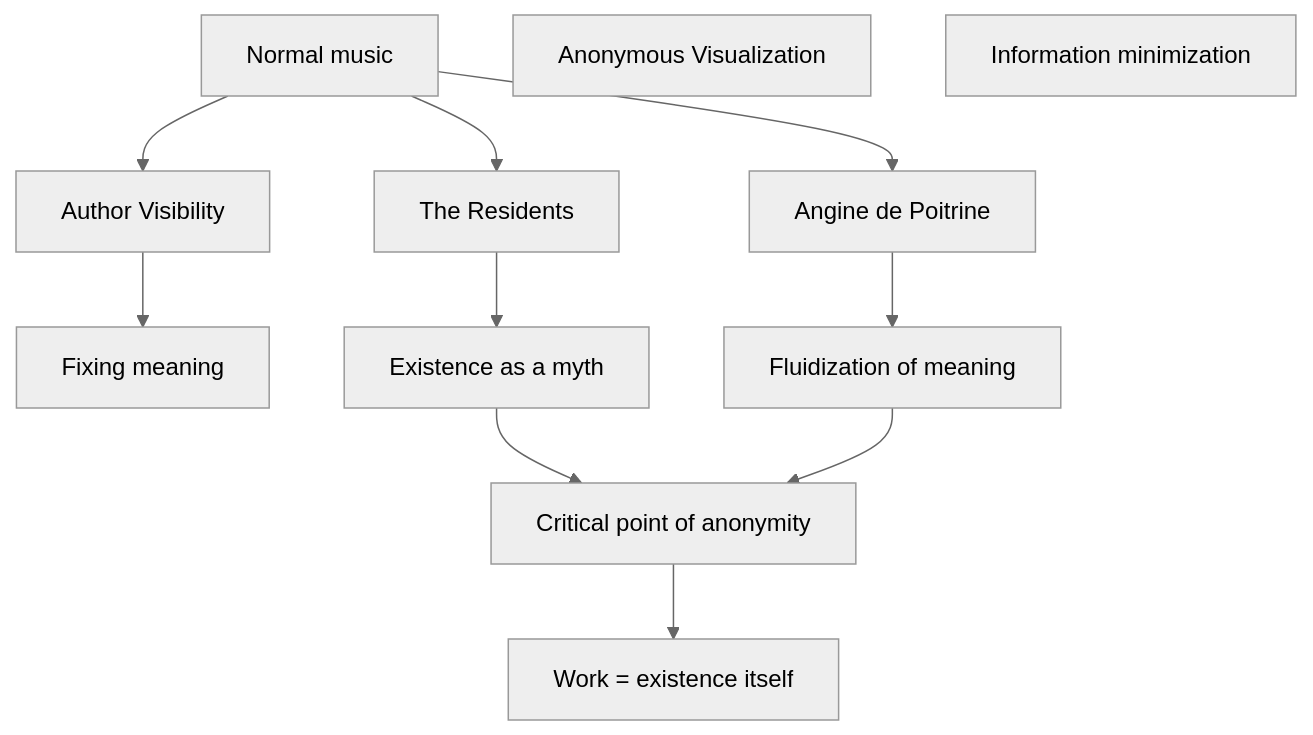
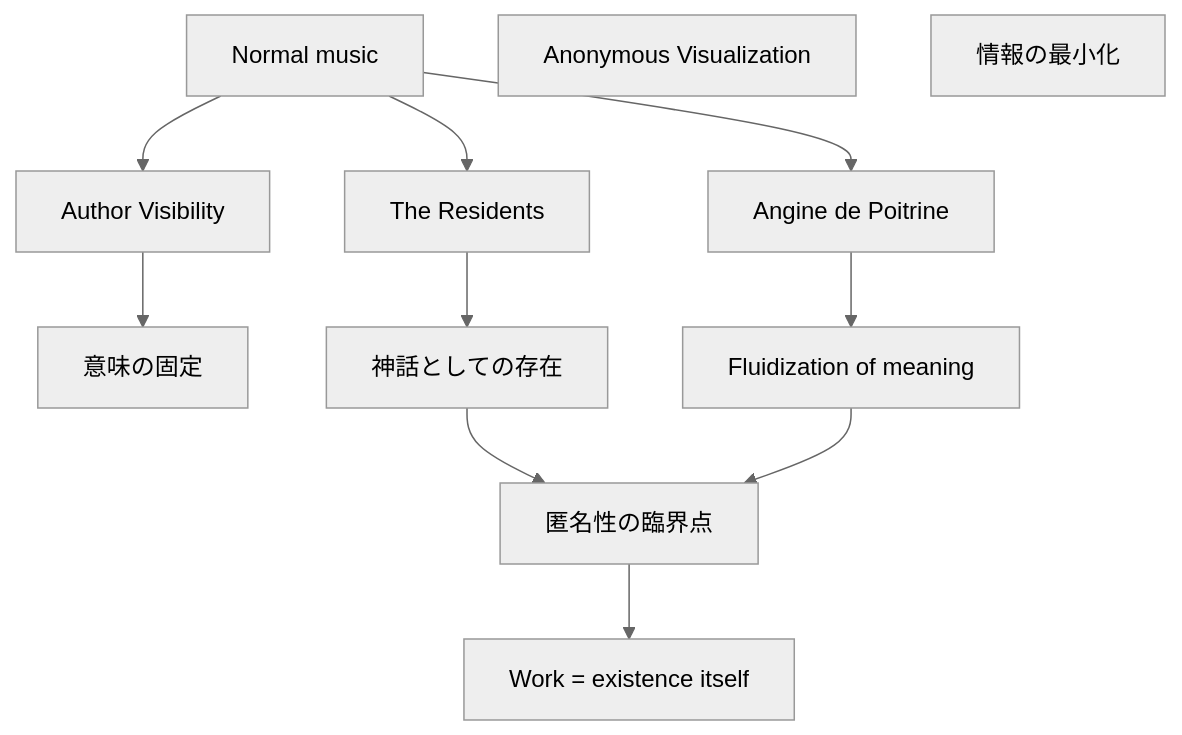
Diagram 12 of 17 in en/_posts/2026-07-06-column-angine-de-poitrine-the-residents.md (monumental-movement/monumental-movement.github.io), drawn with Mermaid (neutral theme) before and after one commit. The commit also changed other lines of this file and 2196 other files, not shown here.

```diff
--- a/en/_posts/2026-07-06-column-angine-de-poitrine-the-residents.md
+++ b/en/_posts/2026-07-06-column-angine-de-poitrine-the-residents.md
@@ -1314,25 +1313,25 @@
 <div class="mermaid">
 flowchart TD
 
 A["Normal music"]
 B["Author Visibility"]
-C["Fixing meaning"]
+C["意味の固定"]
 
 D["The Residents"]
 E["Anonymous Visualization"]
-F["Existence as a myth"]
+F["神話としての存在"]
 
 G["Angine de Poitrine"]
-H["Information minimization"]
+H["情報の最小化"]
 I["Fluidization of meaning"]
 
-J["Critical point of anonymity"]
+J["匿名性の臨界点"]
 K["Work = existence itself"]
 
 A --> B --> C
 A --> D --> F
 A --> G --> I
 F --> J
 I --> J
 J --> K
 </div>
```
